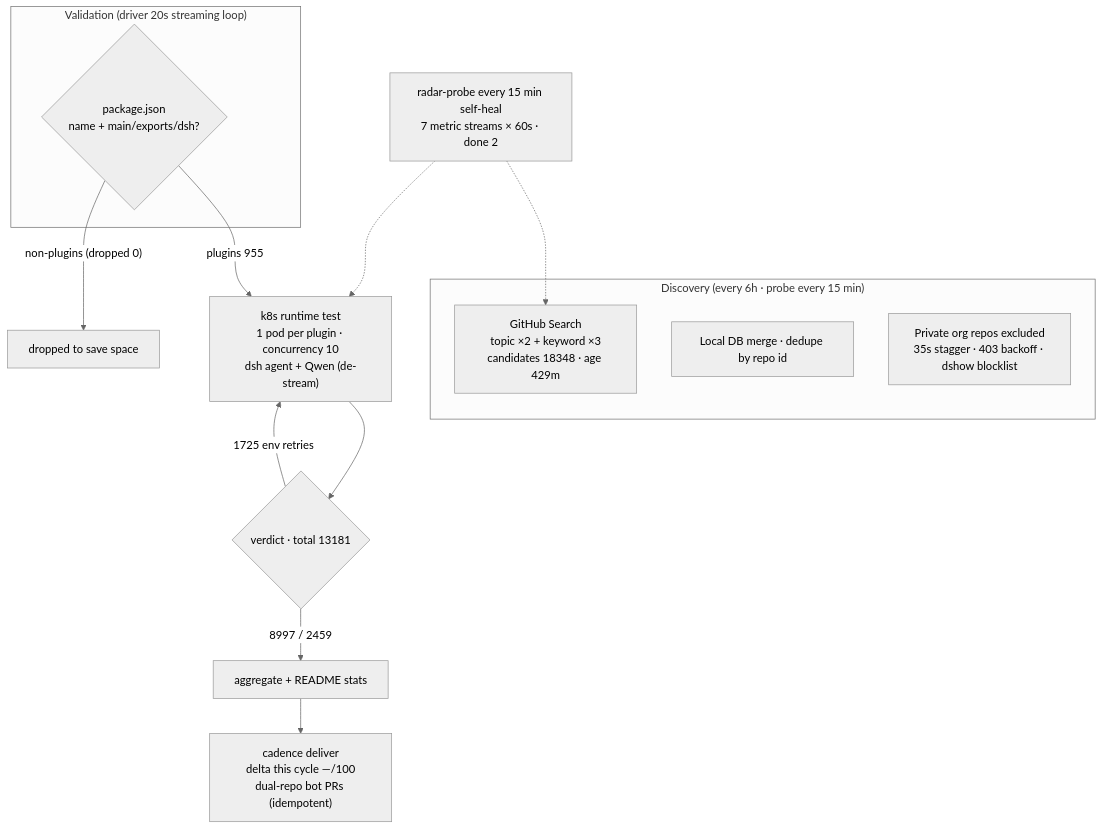
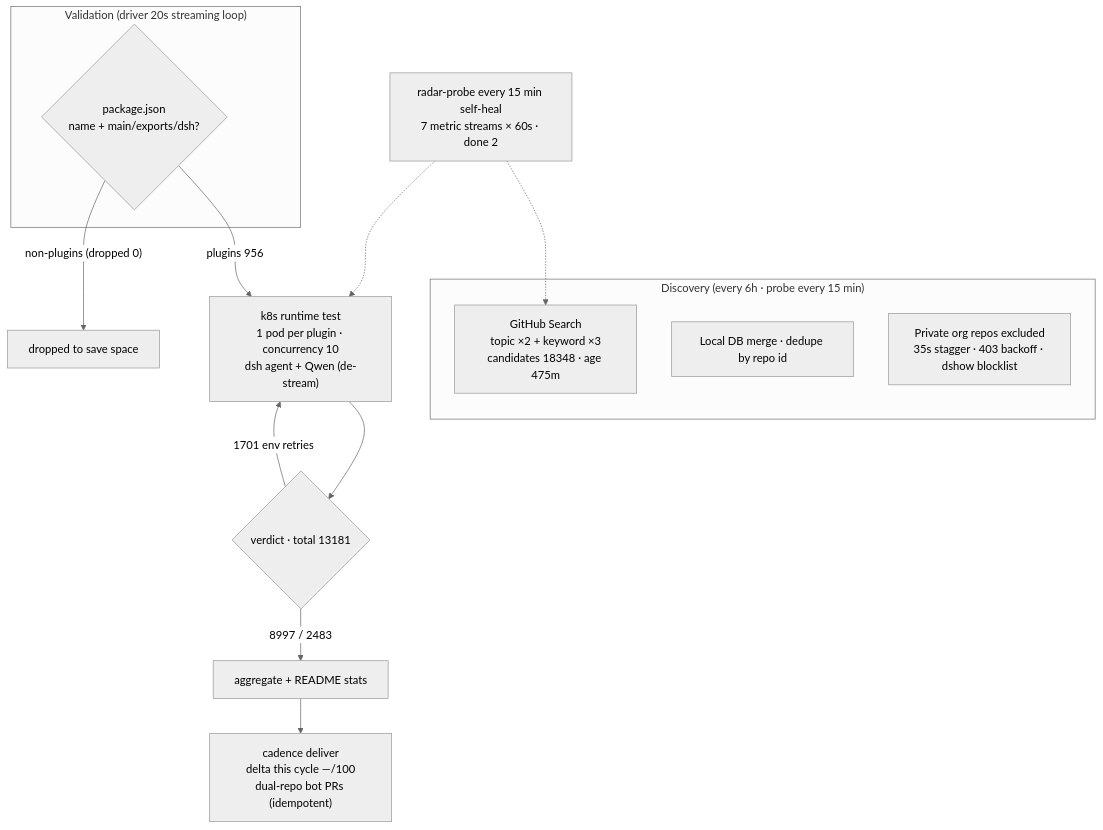
One commit to AdamPlatin123/awesome-dsh-plugins changed the diagram in README.en-US.md. Above: the diagram before and after it, drawn with Mermaid (neutral theme). The commit also changed other lines of this file and 13 other files, not shown here.

````diff
--- a/README.en-US.md
+++ b/README.en-US.md
@@ -45,20 +45,20 @@
 ```mermaid
 flowchart TB
     subgraph Discovery["Discovery (every 6h · probe every 15 min)"]
-        A1["GitHub Search<br/>topic ×2 + keyword ×3<br/>candidates 18348 · age 429m"]
+        A1["GitHub Search<br/>topic ×2 + keyword ×3<br/>candidates 18348 · age 475m"]
         A2["Local DB merge · dedupe by repo id"]
         A3["Private org repos excluded<br/>35s stagger · 403 backoff · dshow blocklist"]
     end
     subgraph Validation["Validation (driver 20s streaming loop)"]
         B1{"package.json<br/>name + main/exports/dsh?"}
     end
-    B1 -->|"plugins 955"| C1["k8s runtime test<br/>1 pod per plugin · concurrency 10<br/>dsh agent + Qwen (de-stream)"]
+    B1 -->|"plugins 956"| C1["k8s runtime test<br/>1 pod per plugin · concurrency 10<br/>dsh agent + Qwen (de-stream)"]
     B1 -->|"non-plugins (dropped 0)"| B3["dropped to save space"]
     C1 --> D1{"verdict · total 13181"}
-    D1 -->|"8997 / 2459"| E1["aggregate + README stats"]
-    D1 -->|"1725 env retries"| C1
+    D1 -->|"8997 / 2483"| E1["aggregate + README stats"]
+    D1 -->|"1701 env retries"| C1
     E1 --> E2["cadence deliver<br/>delta this cycle —/100<br/>dual-repo bot PRs (idempotent)"]
     M["radar-probe every 15 min self-heal<br/>7 metric streams × 60s · done 2"]
     M -.-> A1
     M -.-> C1
 ```
````
